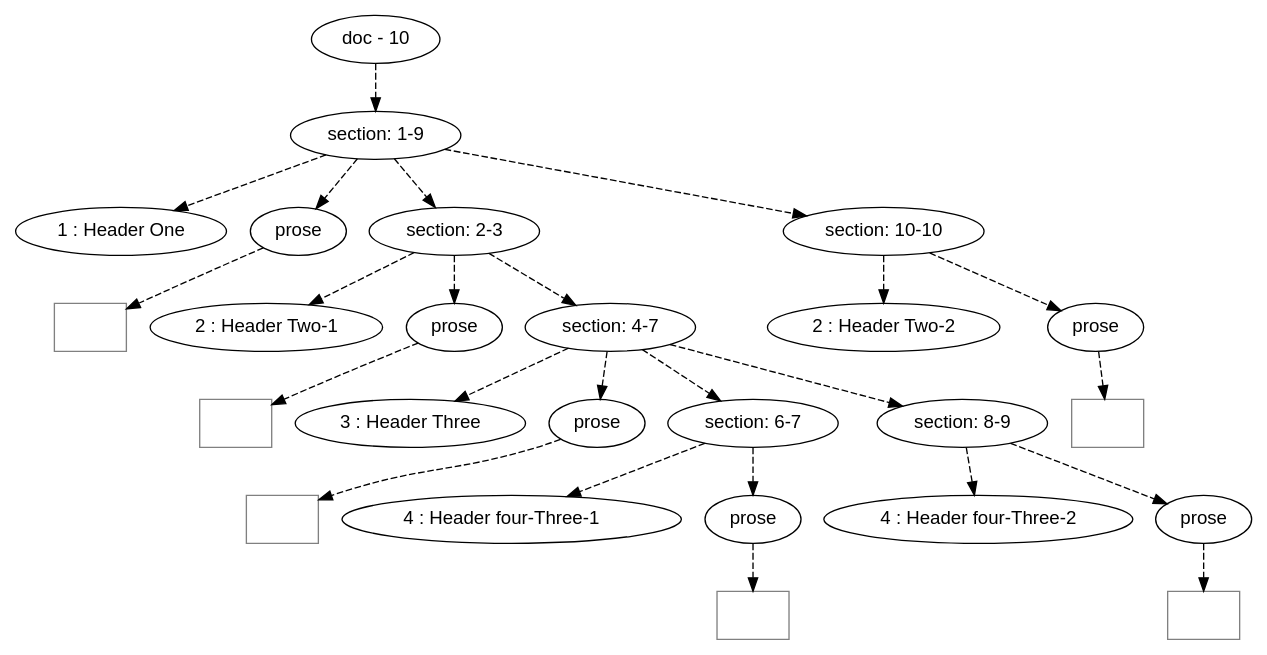
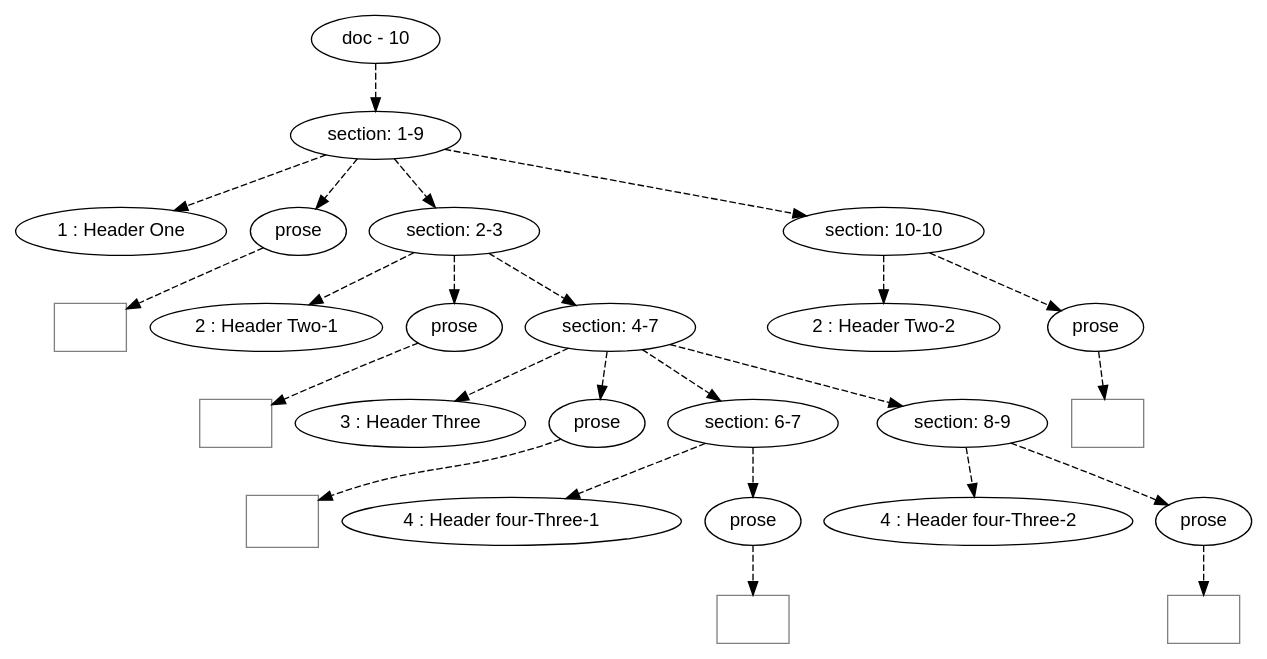
The diagram in orb/dot/samples/headers.gm.dot (mnemnion/orb), drawn with Graphviz before and after one commit. The commit also changed 150 other files, not shown here.

```diff
--- a/orb/dot/samples/headers.gm.dot
+++ b/orb/dot/samples/headers.gm.dot
@@ -1,86 +1,90 @@
 digraph hierarchy {
 
 node [fontname=Helvetica]
 edge [style=dashed]
 
 doc_0 [label="doc - 10"]
 
 
 doc_0 -> { section_1}
 {rank=same; section_1}
 
 section_1 [label="section: 1-9"]
 
 
 section_1 -> { header_2 prose_3 section_4 section_5}
 {rank=same; header_2 prose_3 section_4 section_5}
 
 header_2 [label="1 : Header One"]
 
 prose_3 [label="prose"]
 
 section_4 [label="section: 2-3"]
 
 section_5 [label="section: 10-10"]
 
 
 prose_3 -> leaf_6
 leaf_6  [color=Gray,shape=rectangle,fontname=Inconsolata,label=""]
 section_4 -> { header_7 prose_8 section_9}
 {rank=same; header_7 prose_8 section_9}
 
 header_7 [label="2 : Header Two-1"]
 
 prose_8 [label="prose"]
 
 section_9 [label="section: 4-7"]
 
 
 prose_8 -> leaf_10
-leaf_10  [color=Gray,shape=rectangle,fontname=Inconsolata,label=""]
+leaf_10  [color=Gray,shape=rectangle,fontname=Inconsolata,label="
+"]
 section_9 -> { header_11 prose_12 section_13 section_14}
 {rank=same; header_11 prose_12 section_13 section_14}
 
 header_11 [label="3 : Header Three"]
 
 prose_12 [label="prose"]
 
 section_13 [label="section: 6-7"]
 
 section_14 [label="section: 8-9"]
 
 
 prose_12 -> leaf_15
-leaf_15  [color=Gray,shape=rectangle,fontname=Inconsolata,label="    "]
+leaf_15  [color=Gray,shape=rectangle,fontname=Inconsolata,label="
+    "]
 section_13 -> { header_16 prose_17}
 {rank=same; header_16 prose_17}
 
 header_16 [label="4 : Header four-Three-1    "]
 
 prose_17 [label="prose"]
 
 
 prose_17 -> leaf_18
-leaf_18  [color=Gray,shape=rectangle,fontname=Inconsolata,label=""]
+leaf_18  [color=Gray,shape=rectangle,fontname=Inconsolata,label="
+"]
 section_14 -> { header_19 prose_20}
 {rank=same; header_19 prose_20}
 
 header_19 [label="4 : Header four-Three-2"]
 
 prose_20 [label="prose"]
 
 
 prose_20 -> leaf_21
-leaf_21  [color=Gray,shape=rectangle,fontname=Inconsolata,label=""]
+leaf_21  [color=Gray,shape=rectangle,fontname=Inconsolata,label="
+"]
 section_5 -> { header_22 prose_23}
 {rank=same; header_22 prose_23}
 
 header_22 [label="2 : Header Two-2"]
 
 prose_23 [label="prose"]
 
 
 prose_23 -> leaf_24
 leaf_24  [color=Gray,shape=rectangle,fontname=Inconsolata,label=""]
 
 }
```
